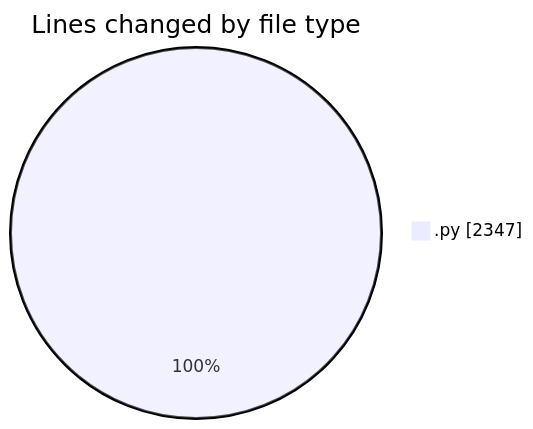
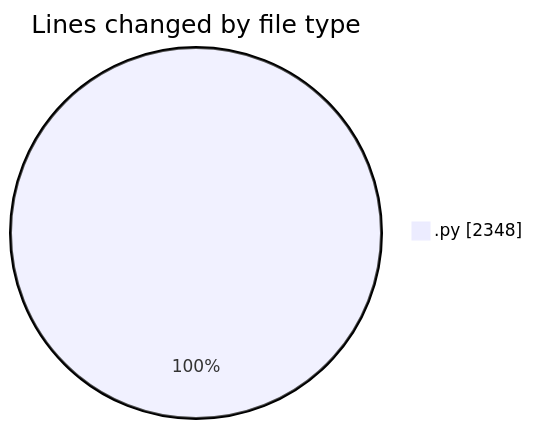
One commit to MatusMokan/code-tracking changed the first of 2 diagrams in 2025-04-19/myws__workspace_/README.md. Above: the diagram before and after it, drawn with Mermaid. The commit also changed other lines of this file and 1 other file, not shown here.

````diff
--- a/2025-04-19/myws__workspace_/README.md
+++ b/2025-04-19/myws__workspace_/README.md
@@ -24,5 +24,5 @@
 ```mermaid
 pie showData
 title Lines changed by file type
-".py" : 2347
+".py" : 2348
 ```
````
